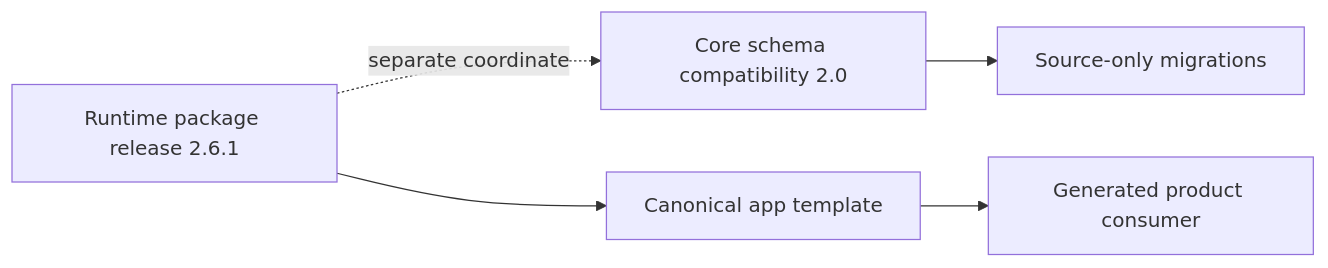
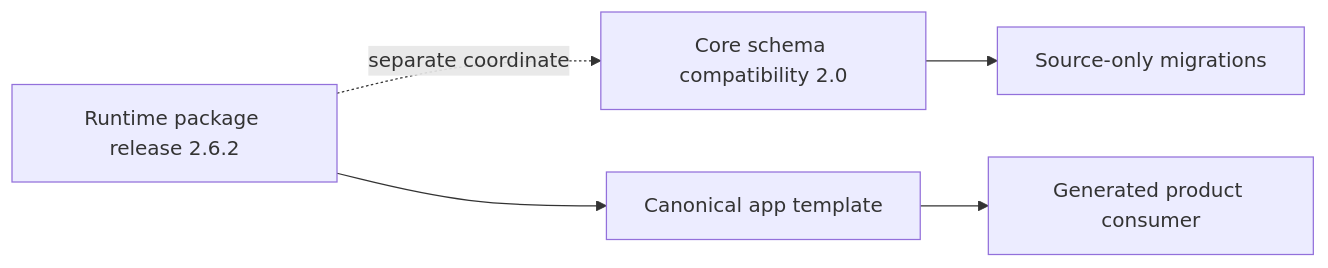
Before and after one commit to SapienXai/saas-core: the first of 2 diagrams in docs/START-HERE.md, drawn with Mermaid. The commit also changed other lines of this file and 29 other files, not shown here.

Commit message:
fix(release): correct consumer config and prepare Core 2.6.2

````diff
--- a/docs/START-HERE.md
+++ b/docs/START-HERE.md
@@ -17,7 +17,7 @@
 ```mermaid
 flowchart LR
-  Release[Runtime package release 2.6.1] -. separate coordinate .-> Schema[Core schema compatibility 2.0]
+  Release[Runtime package release 2.6.2] -. separate coordinate .-> Schema[Core schema compatibility 2.0]
   Schema --> Source[Source-only migrations]
   Release --> Template[Canonical app template]
   Template --> Consumer[Generated product consumer]
 ```
````
